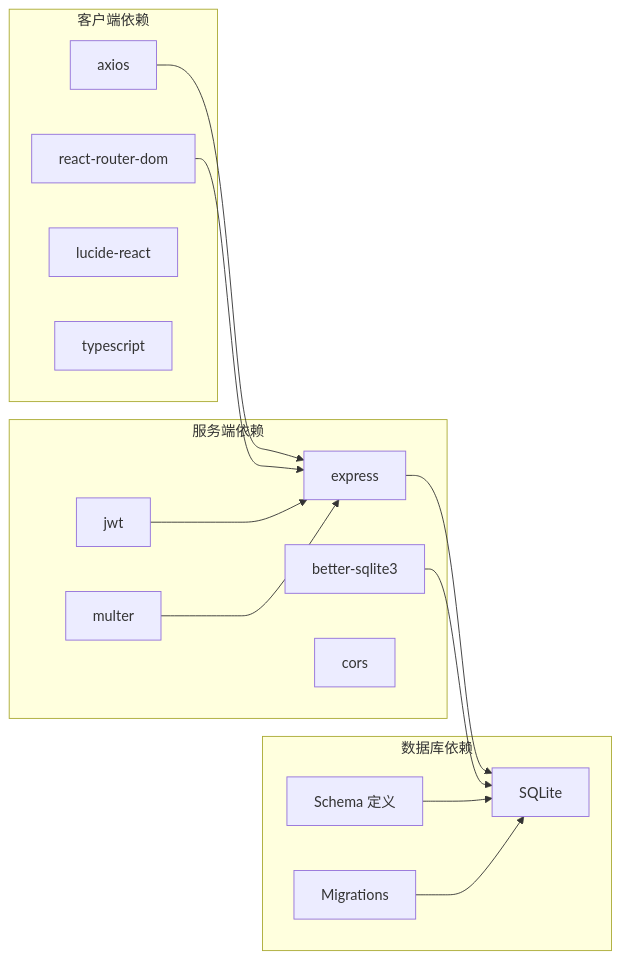
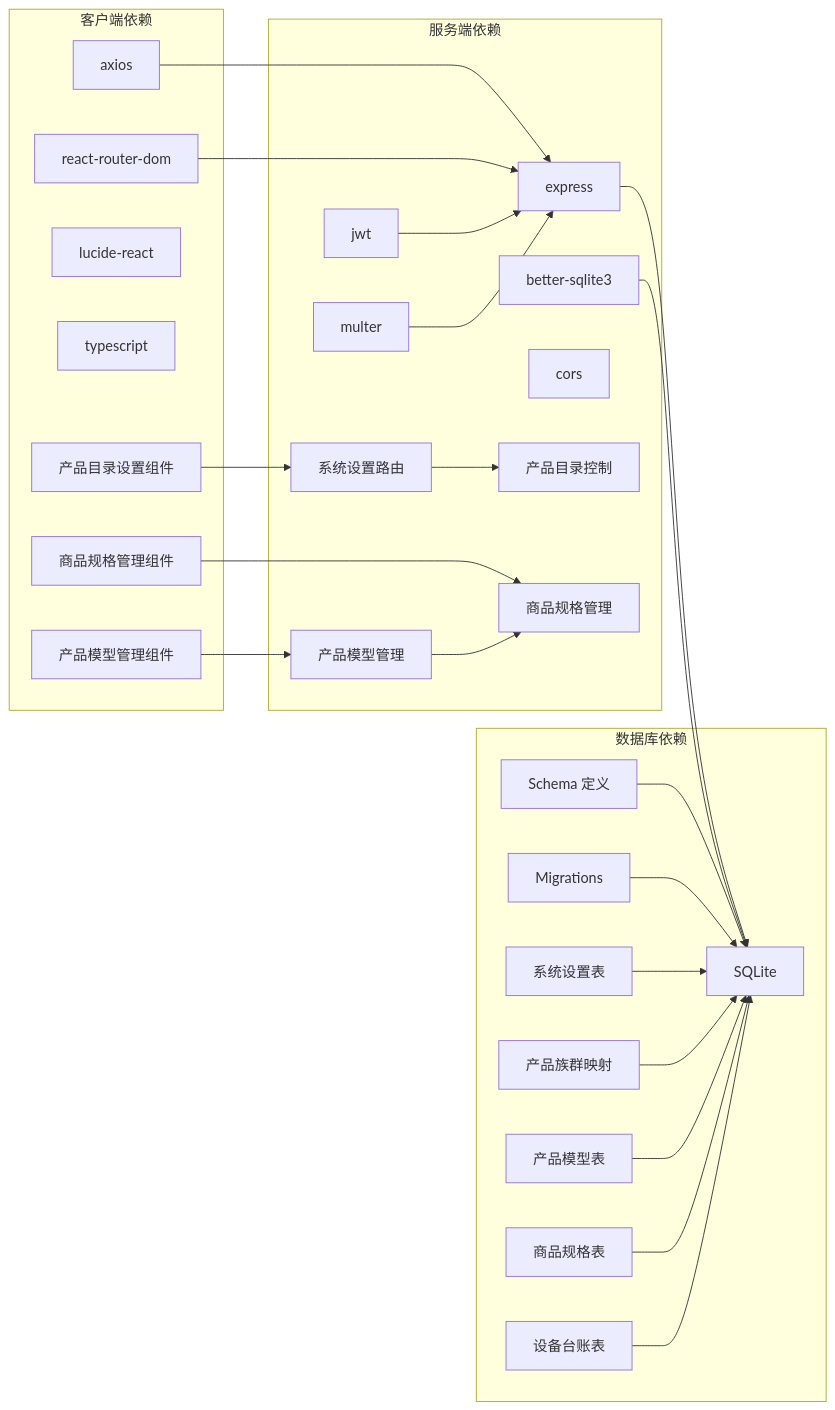
One commit to CubeEdge/Longhorn changed diagram 15 of 16 in .qoder/repowiki/zh/content/前端组件架构/产品管理界面/三层产品架构.md. Above: the diagram before and after it, drawn with Mermaid. The commit also changed other lines of this file and 53 other files, not shown here.

````diff
--- a/.qoder/repowiki/zh/content/前端组件架构/产品管理界面/三层产品架构.md
+++ b/.qoder/repowiki/zh/content/前端组件架构/产品管理界面/三层产品架构.md
@@ -334,29 +825,51 @@
 ```mermaid
 graph LR
 subgraph "客户端依赖"
 C1[axios]
 C2[react-router-dom]
 C3[lucide-react]
 C4[typescript]
+C5[产品目录设置组件]
+C6[产品模型管理组件]
+C7[商品规格管理组件]
 end
 subgraph "服务端依赖"
 S1[express]
 S2[better-sqlite3]
 S3[jwt]
 S4[multer]
 S5[cors]
+S6[系统设置路由]
+S7[产品目录控制]
+S8[产品模型管理]
+S9[商品规格管理]
 end
 subgraph "数据库依赖"
 D1[SQLite]
 D2[Schema 定义]
 D3[Migrations]
+D4[系统设置表]
+D5[产品族群映射]
+D6[产品模型表]
+D7[商品规格表]
+D8[设备台账表]
 end
 C1 --> S1
 C2 --> S1
+C5 --> S6
+C6 --> S8
+C7 --> S9
 S1 --> D1
 S2 --> D1
 S3 --> S1
 S4 --> S1
+S6 --> S7
+S8 --> S9
 D2 --> D1
 D3 --> D1
+D4 --> D1
+D5 --> D1
+D6 --> D1
+D7 --> D1
+D8 --> D1
 ```
````
